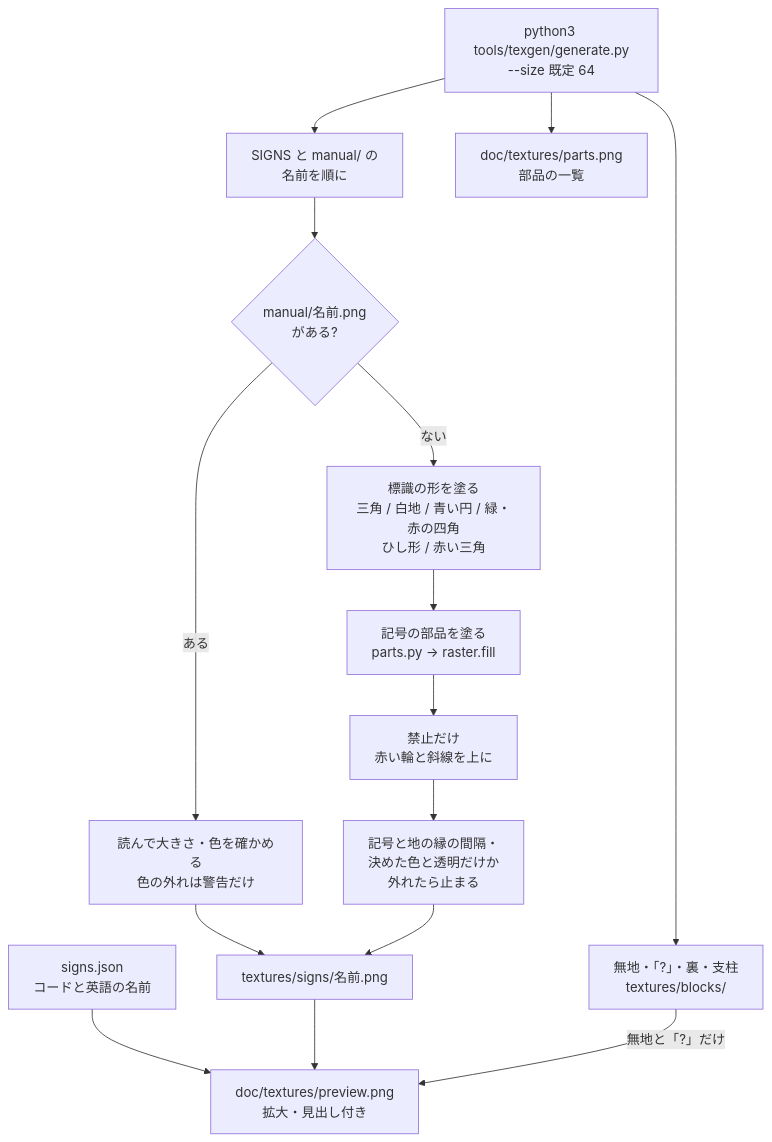
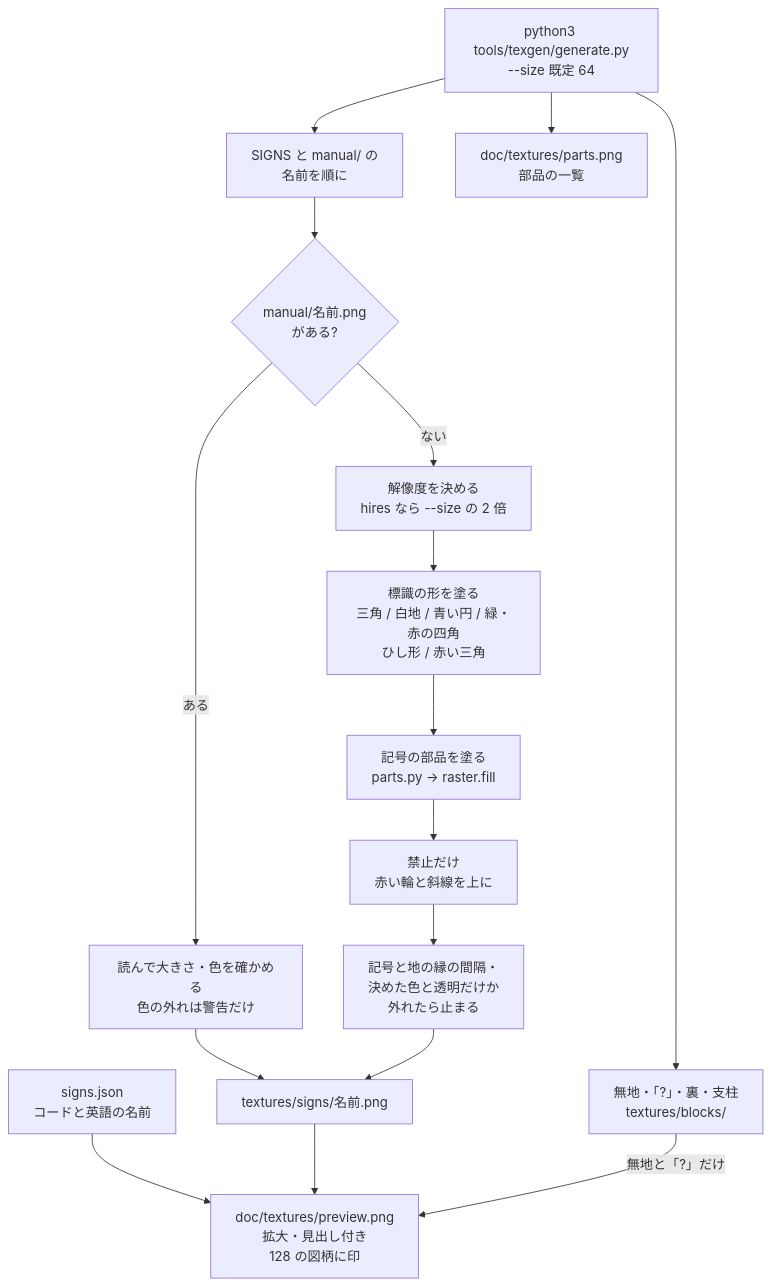
One commit to zeusisgood/safetysigns changed the diagram in doc/diagrams/texture-generation.md. Above: the diagram before and after it, drawn with Mermaid. The commit also changed other lines of this file and 14 other files, not shown here.

````diff
--- a/doc/diagrams/texture-generation.md
+++ b/doc/diagrams/texture-generation.md
@@ -11,17 +11,18 @@
 ```mermaid
 flowchart TD
     Run["python3 tools/texgen/generate.py<br/>--size 既定 64"] --> Each["SIGNS と manual/ の<br/>名前を順に"]
     Each --> Manual{"manual/名前.png<br/>がある?"}
     Manual -- ある --> Load["読んで大きさ・色を確かめる<br/>色の外れは警告だけ"]
-    Manual -- ない --> Frame["標識の形を塗る<br/>三角 / 白地 / 青い円 / 緑・赤の四角<br/>ひし形 / 赤い三角"]
+    Manual -- ない --> Size["解像度を決める<br/>hires なら --size の 2 倍"]
+    Size --> Frame["標識の形を塗る<br/>三角 / 白地 / 青い円 / 緑・赤の四角<br/>ひし形 / 赤い三角"]
     Frame --> Symbol["記号の部品を塗る<br/>parts.py → raster.fill"]
     Symbol --> Slash["禁止だけ<br/>赤い輪と斜線を上に"]
     Slash --> Check["記号と地の縁の間隔・<br/>決めた色と透明だけか<br/>外れたら止まる"]
     Load --> Save["textures/signs/名前.png"]
     Check --> Save
     Run --> Blocks["無地・「?」・裏・支柱<br/>textures/blocks/"]
     Defs["signs.json<br/>コードと英語の名前"] --> Preview
-    Save --> Preview["doc/textures/preview.png<br/>拡大・見出し付き"]
+    Save --> Preview["doc/textures/preview.png<br/>拡大・見出し付き<br/>128 の図柄に印"]
     Blocks -- 無地と「?」だけ --> Preview
     Run --> Parts["doc/textures/parts.png<br/>部品の一覧"]
 ```
````
